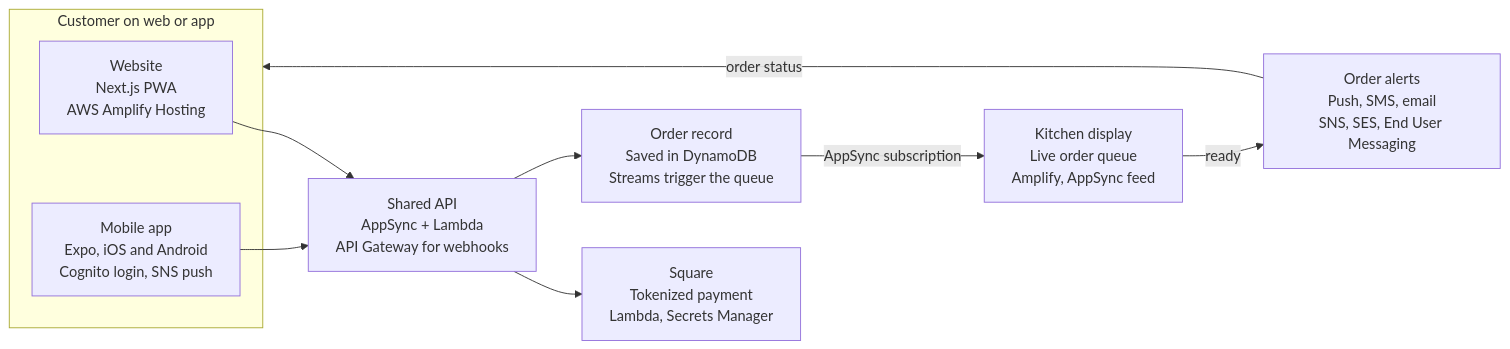
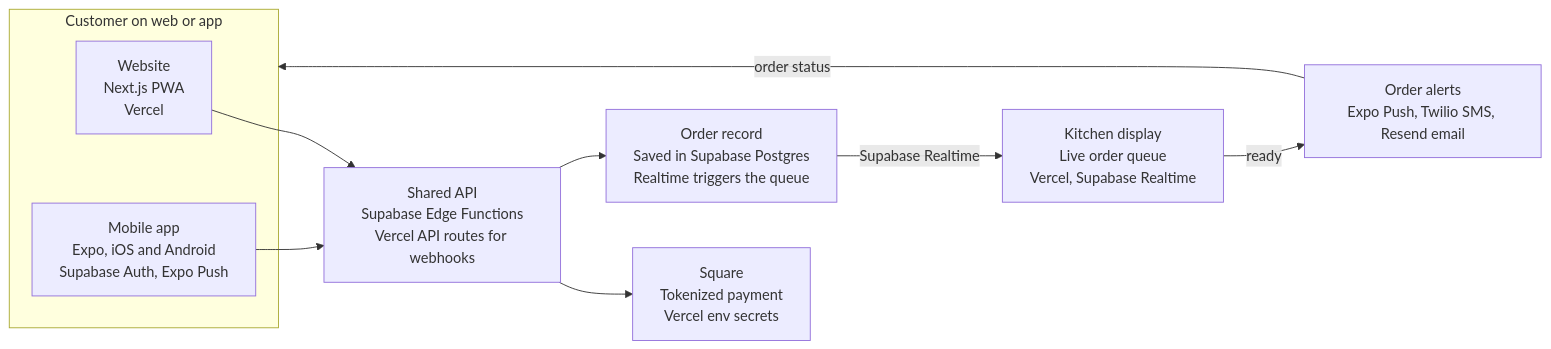
Before and after one commit to nholloway4ux/dev-rd-tropical-snow-web: the first of 2 diagrams in docs/architecture.md, drawn with Mermaid. The commit also changed other lines of this file and 40 other files, not shown here.

First line of the commit message:
feat: Phase 1 scaffold + switch to Supabase + Vercel stack

````diff
--- a/docs/architecture.md
+++ b/docs/architecture.md
@@ -63,20 +63,20 @@
 ```mermaid
 flowchart LR
     subgraph C["Customer on web or app"]
-        W["Website<br/>Next.js PWA<br/>AWS Amplify Hosting"]
-        A["Mobile app<br/>Expo, iOS and Android<br/>Cognito login, SNS push"]
+        W["Website<br/>Next.js PWA<br/>Vercel"]
+        A["Mobile app<br/>Expo, iOS and Android<br/>Supabase Auth, Expo Push"]
     end
-    API["Shared API<br/>AppSync + Lambda<br/>API Gateway for webhooks"]
-    SQ["Square<br/>Tokenized payment<br/>Lambda, Secrets Manager"]
-    ORD["Order record<br/>Saved in DynamoDB<br/>Streams trigger the queue"]
-    K["Kitchen display<br/>Live order queue<br/>Amplify, AppSync feed"]
-    AL["Order alerts<br/>Push, SMS, email<br/>SNS, SES, End User Messaging"]
+    API["Shared API<br/>Supabase Edge Functions<br/>Vercel API routes for webhooks"]
+    SQ["Square<br/>Tokenized payment<br/>Vercel env secrets"]
+    ORD["Order record<br/>Saved in Supabase Postgres<br/>Realtime triggers the queue"]
+    K["Kitchen display<br/>Live order queue<br/>Vercel, Supabase Realtime"]
+    AL["Order alerts<br/>Expo Push, Twilio SMS, Resend email"]
 
     W --> API
     A --> API
     API --> SQ
     API --> ORD
-    ORD -->|AppSync subscription| K
+    ORD -->|Supabase Realtime| K
     K -->|ready| AL
     AL -->|order status| C
 ```
````
